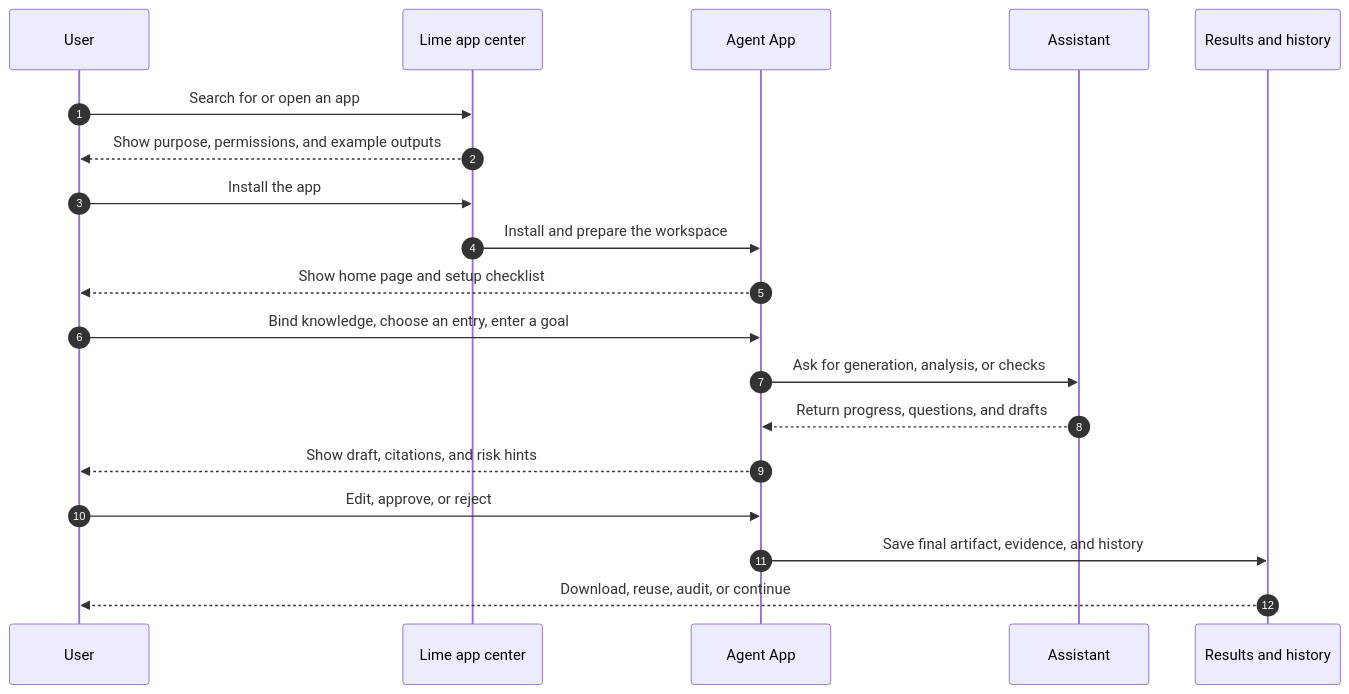
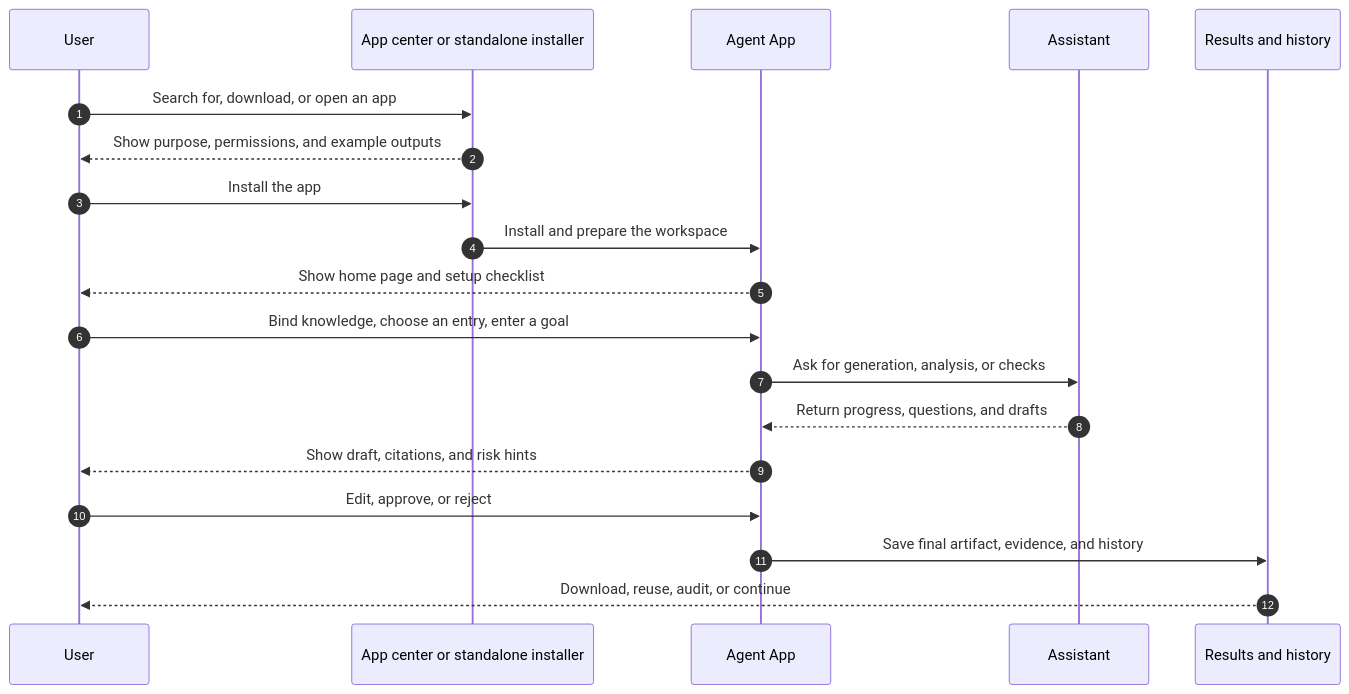
Before and after one commit to limecloud/agentapp: the first of 3 diagrams in docs/en/what-is-agent-app.md, drawn with Mermaid. The commit also changed other lines of this file and 52 other files, not shown here.

````diff
--- a/docs/en/what-is-agent-app.md
+++ b/docs/en/what-is-agent-app.md
@@ -58,22 +64,22 @@
 ```mermaid
 sequenceDiagram
   autonumber
   participant User as User
-  participant Lime as Lime app center
+  participant Lime as App center or standalone installer
   participant App as Agent App
   participant Assistant as Assistant
   participant Result as Results and history
 
-  User->>Lime: Search for or open an app
+  User->>Lime: Search for, download, or open an app
   Lime-->>User: Show purpose, permissions, and example outputs
   User->>Lime: Install the app
   Lime->>App: Install and prepare the workspace
   App-->>User: Show home page and setup checklist
   User->>App: Bind knowledge, choose an entry, enter a goal
   App->>Assistant: Ask for generation, analysis, or checks
   Assistant-->>App: Return progress, questions, and drafts
   App-->>User: Show draft, citations, and risk hints
   User->>App: Edit, approve, or reject
   App->>Result: Save final artifact, evidence, and history
   Result-->>User: Download, reuse, audit, or continue
 ```
````
